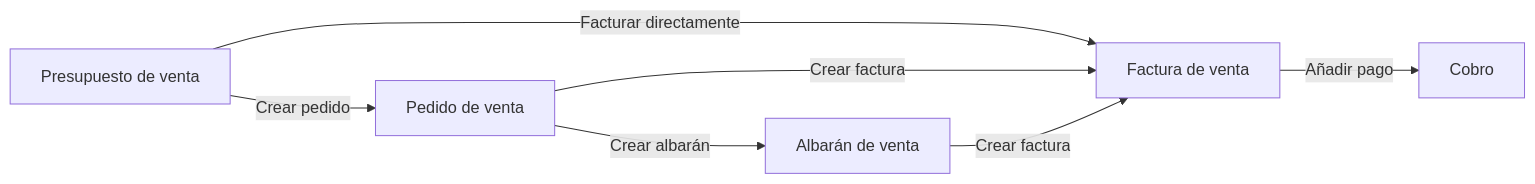
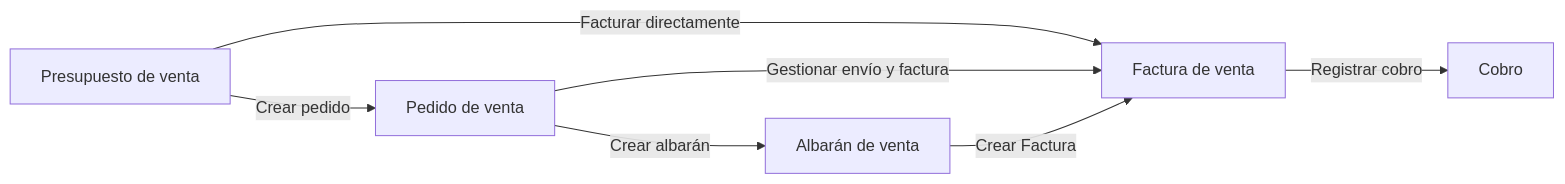
Before and after one commit to etendosoftware/etendo-go-docs: the diagram in docs/es/comercial/ventas/que-es-la-seccion-ventas/que-es-la-seccion-ventas.md, drawn with Mermaid. The commit also changed other lines of this file and 15 other files, not shown here.

````diff
--- a/docs/es/comercial/ventas/que-es-la-seccion-ventas/que-es-la-seccion-ventas.md
+++ b/docs/es/comercial/ventas/que-es-la-seccion-ventas/que-es-la-seccion-ventas.md
@@ -21,9 +21,9 @@
 ```mermaid
 flowchart LR
   A[Presupuesto de venta] -->|Crear pedido| B[Pedido de venta]
   A -->|Facturar directamente| D[Factura de venta]
   B -->|Crear albarán| C[Albarán de venta]
-  B -->|Crear factura| D
-  C -->|Crear factura| D
-  D -->|Añadir pago| E[Cobro]
+  B -->|Gestionar envío y factura| D
+  C -->|Crear Factura| D
+  D -->|Registrar cobro| E[Cobro]
 ```
````
